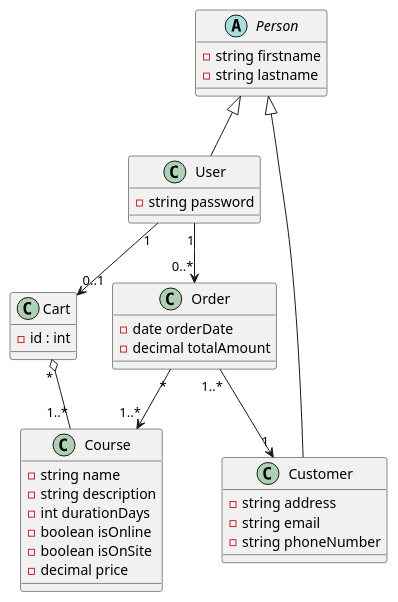
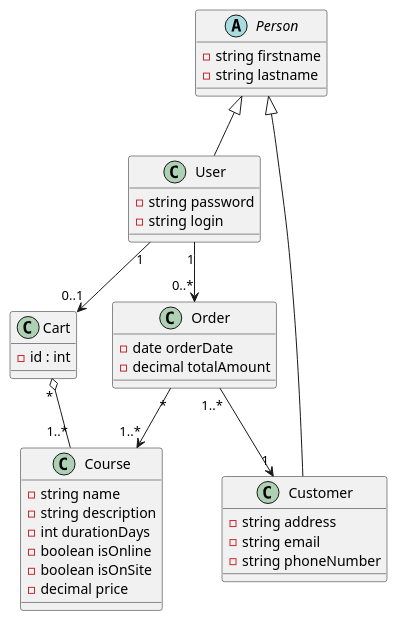
One commit to AmandineGrardLaurent/JavaEvaluationBusiness changed the diagram in docs/diagram_classes.puml. Above: the diagram before and after it, drawn with PlantUML. The commit also changed 4 other files, not shown here.

Commit message:
feat: add login attribute to User     - Add 'login' attribute to User class in diagram_classes.puml     - Update related files to reflect this change     - Modify database schema and data to include login field

```diff
--- a/docs/diagram_classes.puml
+++ b/docs/diagram_classes.puml
@@ -1,46 +1,47 @@
 @startuml
 
 abstract class Person {
     - string firstname
     - string lastname
 }
 
 class User {
     - string password
+    - string login
 }
 
 class Customer {
     - string address
     - string email
     - string phoneNumber
 }
 
 Person <|-- User
 Person <|-- Customer
 
 class Course {
     - string name
     - string description
     - int durationDays
     - boolean isOnline
     - boolean isOnSite
     - decimal price
 }
 
 class Cart {
     - id : int
 }
 
 Cart "*" o-- "1..*" Course
 User "1" --> "0..1" Cart
 
 class Order {
     - date orderDate
     - decimal totalAmount
 }
 
 Order "*" --> "1..*" Course
 Order "1..*" --> "1" Customer
 User "1" --> "0..*" Order
 
 @enduml
```
